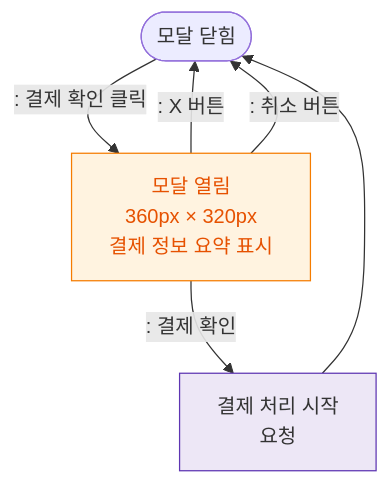
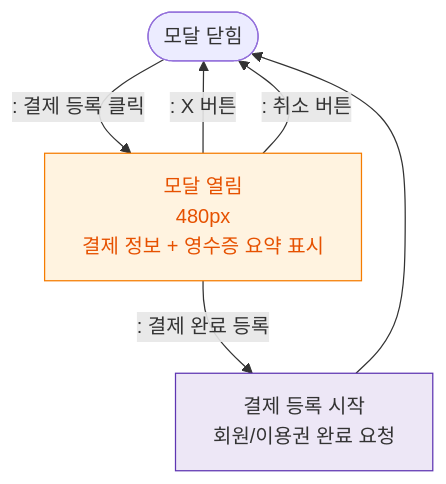
Before and after one commit to dev-spogym/admin-pando: the diagram in docs/admin/다이어그램/D03_매출관리/DLG-S003_결제확인/M1_모달생명주기.md, drawn with Mermaid. The commit also changed other lines of this file and 189 other files, not shown here.

````diff
--- a/docs/admin/다이어그램/D03_매출관리/DLG-S003_결제확인/M1_모달생명주기.md
+++ b/docs/admin/다이어그램/D03_매출관리/DLG-S003_결제확인/M1_모달생명주기.md
@@ -18,17 +18,17 @@
 ```mermaid
 flowchart TD
-    CLOSED([모달 닫힘]) -->|": 결제 확인 클릭"|OPEN[모달 열림\n360px × 320px\n결제 정보 요약 표시]
+    CLOSED([모달 닫힘]) -->|": 결제 등록 클릭"|OPEN[모달 열림\n480px\n결제 정보 + 영수증 요약 표시]
 
-    OPEN -->|": 결제 확인"|PROCESS[결제 처리 시작<br/> 요청]
+    OPEN -->|": 결제 완료 등록"|PROCESS[결제 등록 시작<br/>회원/이용권 완료 요청]
     OPEN -->|": X 버튼"|CLOSED
     OPEN -->|": 취소 버튼"|CLOSED
 
     PROCESS --> CLOSED
 
     classDef modal fill:#FFF3E0,stroke:#F57C00,color:#E65100
     classDef system fill:#EDE7F6,stroke:#5E35B2
     classDef success fill:#E8F5E9,stroke:#2E7D32,color:#1B5E20
 
     class OPEN modal
     class PROCESS system
 ```
````
